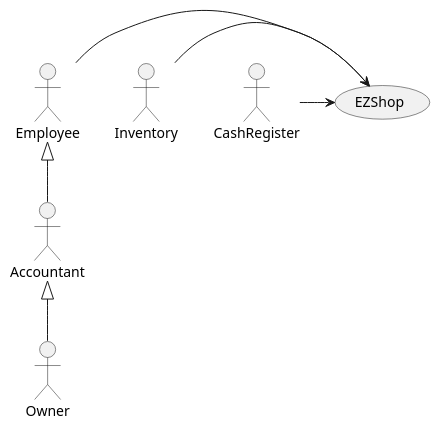
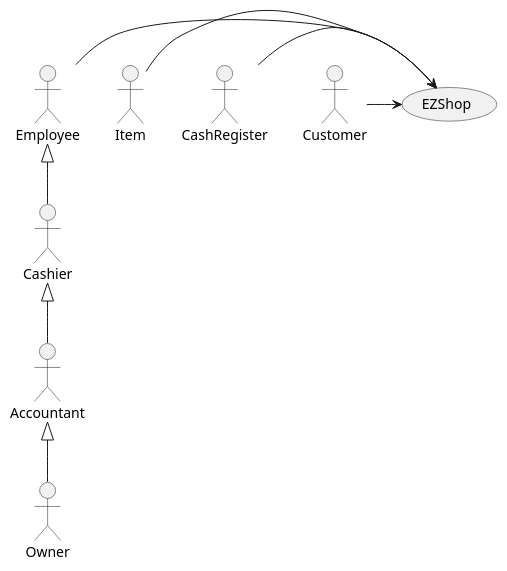
The diagram in Deliverables/RequirementsDocument.md (djemar/softeng_ezshop), drawn with PlantUML before and after one commit.

Commit message:
update context diagram

````diff
--- a/Deliverables/RequirementsDocument.md
+++ b/Deliverables/RequirementsDocument.md
@@ -72,14 +72,18 @@
 ```plantuml
 top to bottom direction
 actor Owner as o
 actor Employee as e
 actor CashRegister as ca
-actor Inventory as in
+actor Item as i
 actor Accountant as acc
+actor Cashier as cas
+actor Customer as cu
 
 o -up-|> acc
-acc -up-|> e
-in -> (EZShop)
+cas -up-|> e
+acc -up-|> cas
+i -> (EZShop)
 e -> (EZShop)
 ca -> (EZShop)
+cu -> (EZShop)
 ```
````
